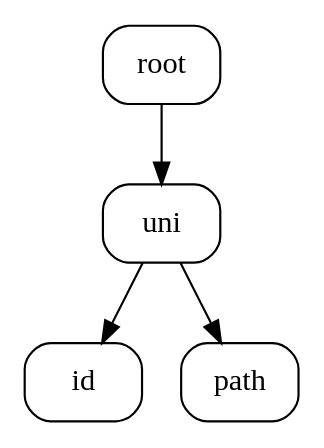
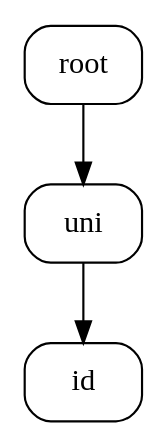
One commit to chronus7/StudyPlaner changed the diagram in Xml-Structure/libs_structure.dot. Above: the diagram before and after it, drawn with Graphviz. The commit also changed 4 other files, not shown here.

```diff
--- a/Xml-Structure/libs_structure.dot
+++ b/Xml-Structure/libs_structure.dot
@@ -1,13 +1,11 @@
 digraph LibsStructure {
 	rankdir = TD
 	{	node [shape = Mrecord]
 		root
 		uni
 		id
-		path
 	}
 
 	root -> uni
 	uni -> id
-	uni -> path
 }
```
